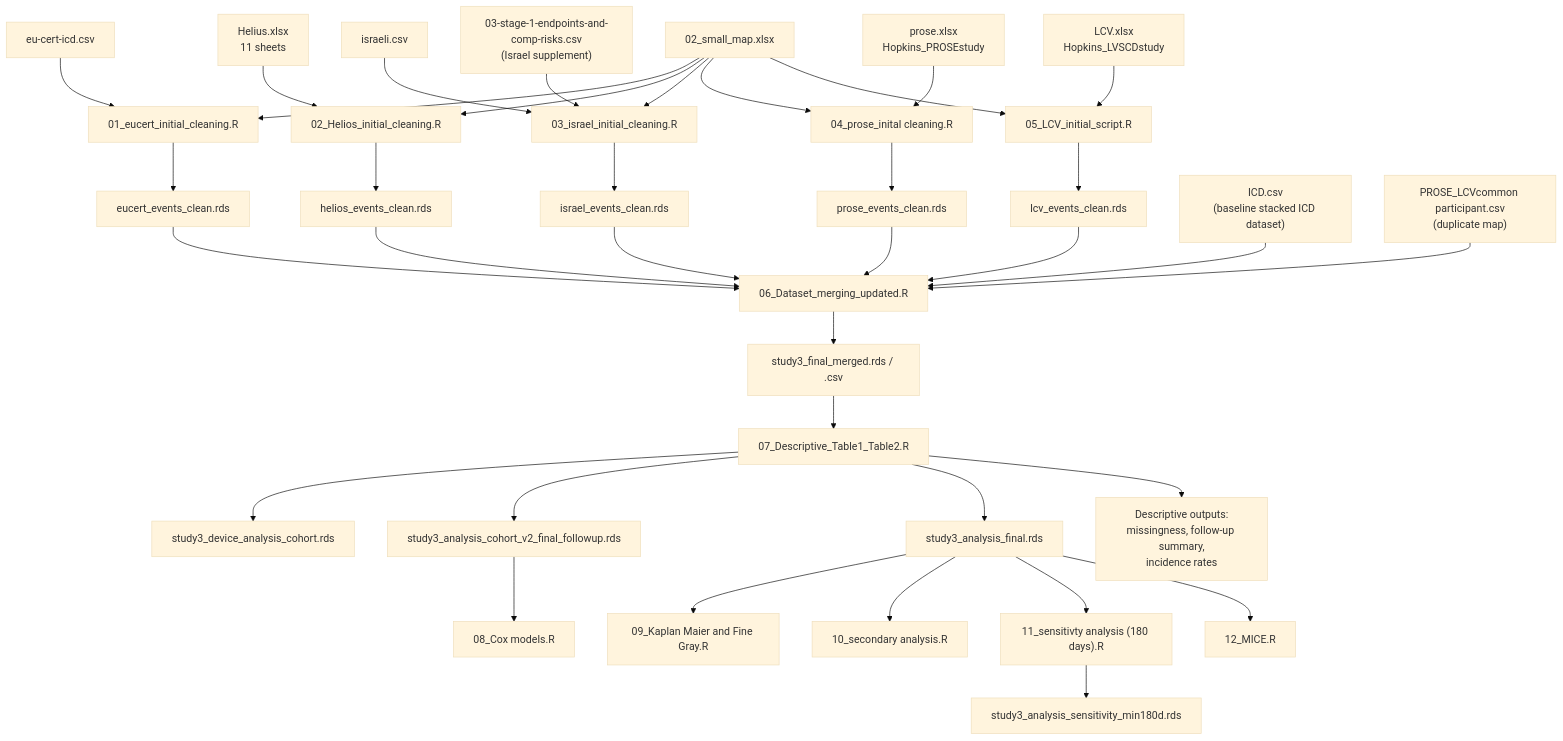
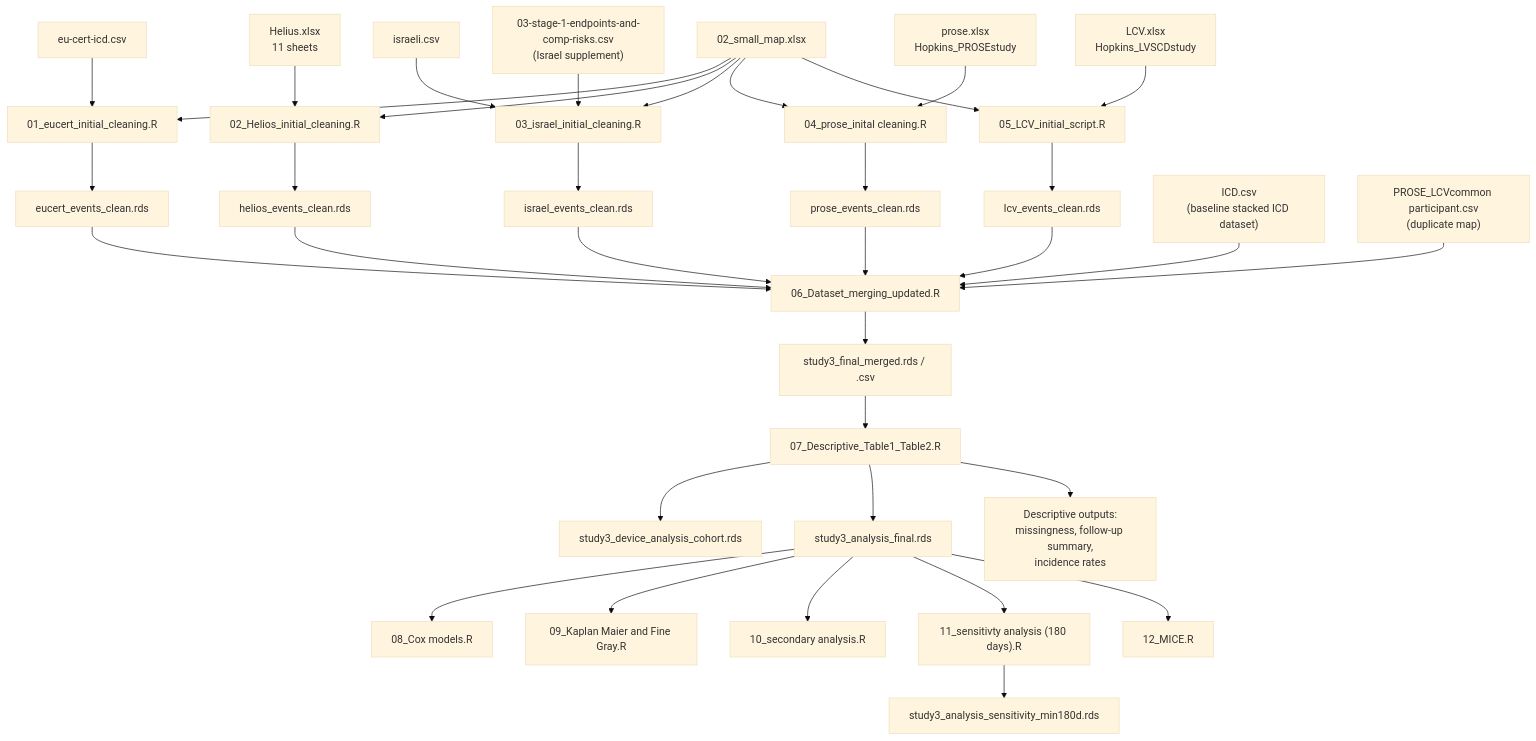
The diagram in Study3/Dataflow.md (ThomasKaas/PROFID_Substudies), drawn with Mermaid (base theme) before and after one commit. The commit also changed other lines of this file and 11 other files, not shown here.

Commit message:
Use final Study3 cohort RDS for Cox and docs

````diff
--- a/Study3/Dataflow.md
+++ b/Study3/Dataflow.md
@@ -7,44 +7,43 @@
 ```mermaid
 flowchart TD
     A1["eu-cert-icd.csv"] --> S01["01_eucert_initial_cleaning.R"]
     A2["Helius.xlsx<br/>11 sheets"] --> S02["02_Helios_initial_cleaning.R"]
     A3["israeli.csv"] --> S03["03_israel_initial_cleaning.R"]
     A3b["03-stage-1-endpoints-and-comp-risks.csv<br/>(Israel supplement)"] --> S03
     A4["prose.xlsx<br/>Hopkins_PROSEstudy"] --> S04["04_prose_inital cleaning.R"]
     A5["LCV.xlsx<br/>Hopkins_LVSCDstudy"] --> S05["05_LCV_initial_script.R"]
     M1["02_small_map.xlsx"] --> S01
     M1 --> S02
     M1 --> S03
     M1 --> S04
     M1 --> S05
 
     S01 --> O1["eucert_events_clean.rds"]
     S02 --> O2["helios_events_clean.rds"]
     S03 --> O3["israel_events_clean.rds"]
     S04 --> O4["prose_events_clean.rds"]
     S05 --> O5["lcv_events_clean.rds"]
 
     O1 --> S06["06_Dataset_merging_updated.R"]
     O2 --> S06
     O3 --> S06
     O4 --> S06
     O5 --> S06
     B1["ICD.csv<br/>(baseline stacked ICD dataset)"] --> S06
     B2["PROSE_LCVcommon participant.csv<br/>(duplicate map)"] --> S06
 
     S06 --> O6["study3_final_merged.rds / .csv"]
 
     O6 --> S07["07_Descriptive_Table1_Table2.R"]
     S07 --> O7["study3_device_analysis_cohort.rds"]
-    S07 --> O8["study3_analysis_cohort_v2_final_followup.rds"]
-    S07 --> O9["study3_analysis_final.rds"]
-    S07 --> O10["Descriptive outputs:<br/>missingness, follow-up summary,<br/>incidence rates"]
+    S07 --> O8["study3_analysis_final.rds"]
+    S07 --> O9["Descriptive outputs:<br/>missingness, follow-up summary,<br/>incidence rates"]
 
     O8 --> S08["08_Cox models.R"]
-    O9 --> S09["09_Kaplan Maier and Fine Gray.R"]
-    O9 --> S10["10_secondary analysis.R"]
-    O9 --> S11["11_sensitivty analysis (180 days).R"]
-    O9 --> S12["12_MICE.R"]
+    O8 --> S09["09_Kaplan Maier and Fine Gray.R"]
+    O8 --> S10["10_secondary analysis.R"]
+    O8 --> S11["11_sensitivty analysis (180 days).R"]
+    O8 --> S12["12_MICE.R"]
 
     S11 --> O11["study3_analysis_sensitivity_min180d.rds"]
 ```
````
